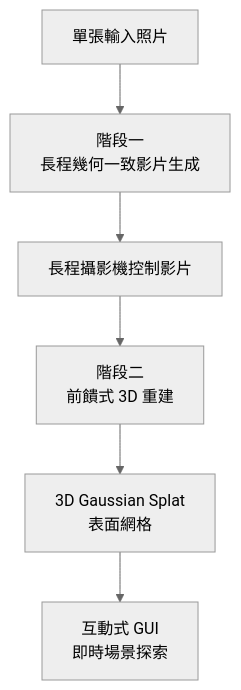
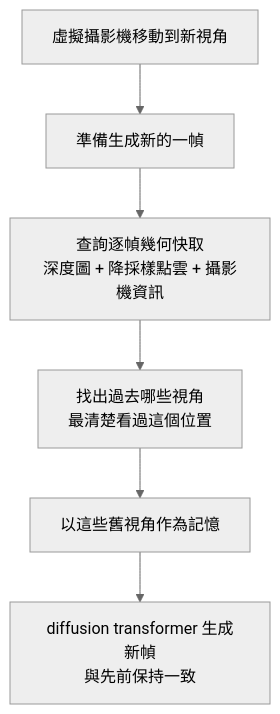
The diagram in src/content/posts/tech/2026-05-05-nvidias-new-ai-turns-one-photo-into-a-world-that-never-break.md (a920604a/engineernews), drawn with Mermaid (neutral theme) before and after one commit. The commit also changed other lines of this file and 468 other files, not shown here.

````diff
--- a/src/content/posts/tech/2026-05-05-nvidias-new-ai-turns-one-photo-into-a-world-that-never-break.md
+++ b/src/content/posts/tech/2026-05-05-nvidias-new-ai-turns-one-photo-into-a-world-that-never-break.md
@@ -45,8 +45,8 @@
 ```mermaid
 graph TD
-    A[單張輸入照片] --> B[階段一<br>長程幾何一致影片生成]
-    B --> C[長程攝影機控制影片]
-    C --> D[階段二<br>前饋式 3D 重建]
-    D --> E[3D Gaussian Splat<br>表面網格]
-    E --> F[互動式 GUI<br>即時場景探索]
+    A[虛擬攝影機移動到新視角] --> B[準備生成新的一幀]
+    B --> C[查詢逐幀幾何快取<br/>深度圖 + 降採樣點雲 + 攝影機資訊]
+    C --> D[找出過去哪些視角<br/>最清楚看過這個位置]
+    D --> E[以這些舊視角作為記憶]
+    E --> F[diffusion transformer 生成新幀<br/>與先前保持一致]
 ```
````
